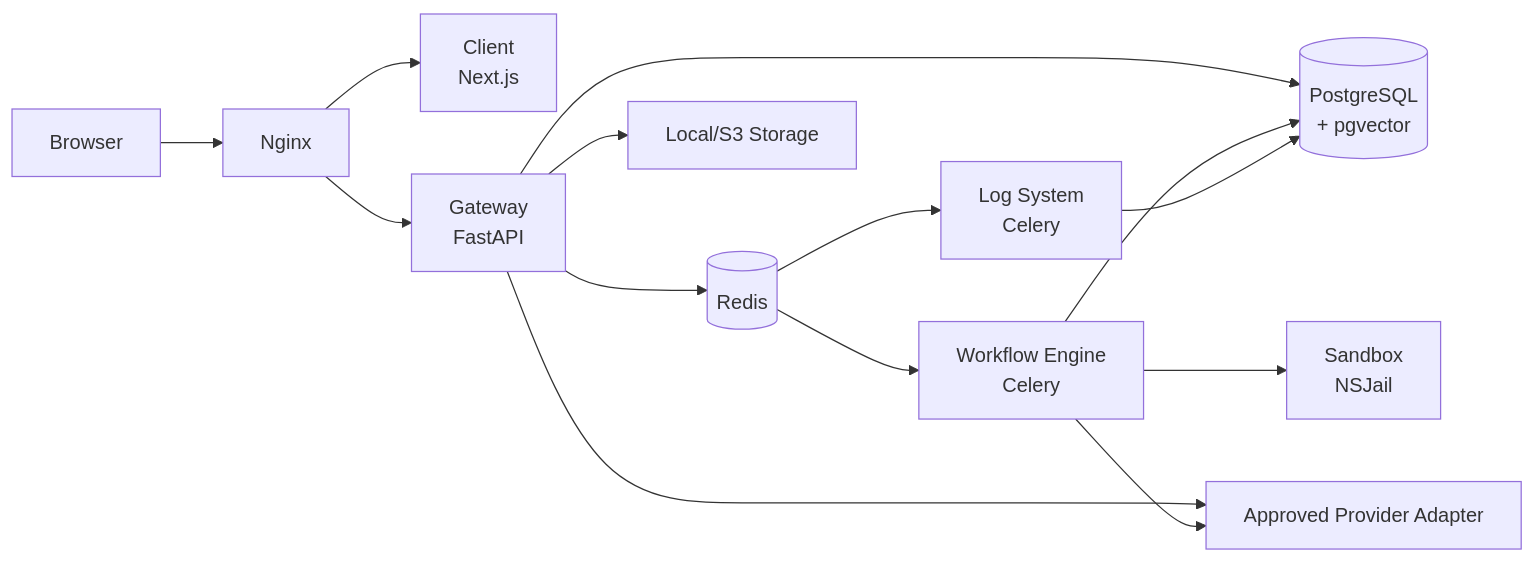
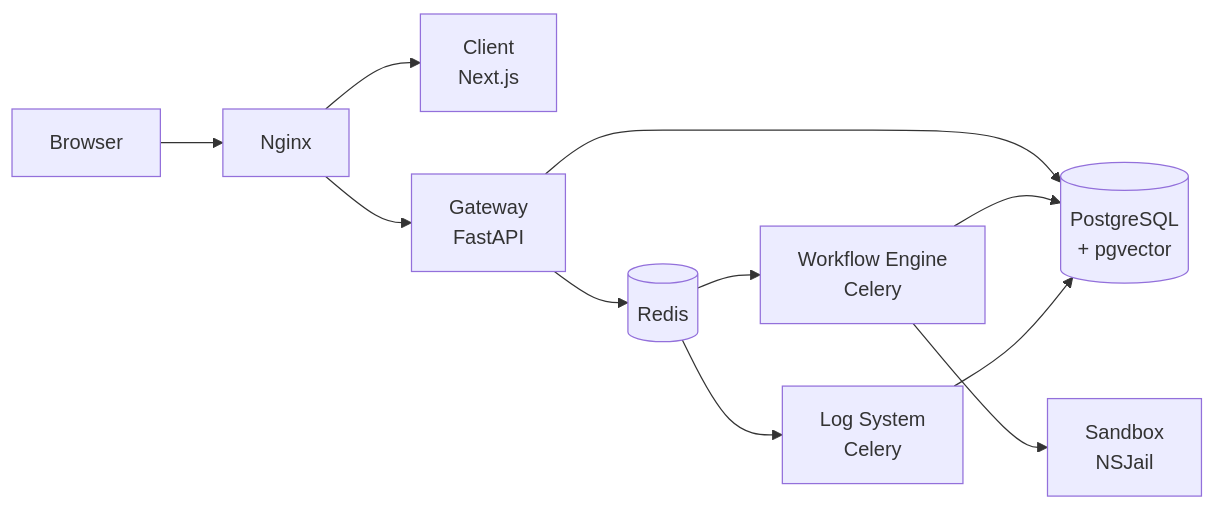
Before and after one commit to gannak1/nodease_refactoring_gannak1: the diagram in README.md, drawn with Mermaid. The commit also changed other lines of this file, not shown here.

````diff
--- a/README.md
+++ b/README.md
@@ -110,16 +53,13 @@
 ```mermaid
 flowchart LR
     U["Browser"] --> N["Nginx"]
     N --> C["Client<br/>Next.js"]
     N --> G["Gateway<br/>FastAPI"]
     G --> P[("PostgreSQL<br/>+ pgvector")]
     G --> R[("Redis")]
-    G --> O["Local/S3 Storage"]
     R --> W["Workflow Engine<br/>Celery"]
     R --> L["Log System<br/>Celery"]
     W --> P
     L --> P
     W --> S["Sandbox<br/>NSJail"]
-    G --> A["Approved Provider Adapter"]
-    W --> A
 ```
````
